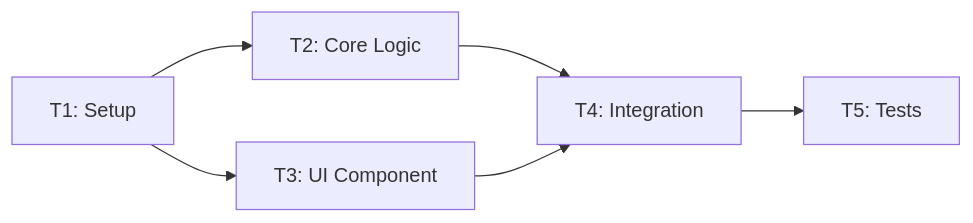
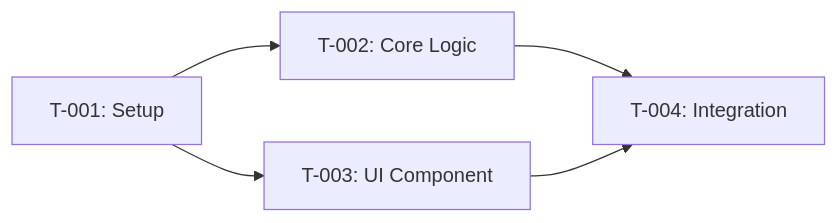
One commit to markxLee/copilot-flow changed the diagram in docs/templates/02_tasks.template.md. Above: the diagram before and after it, drawn with Mermaid. The commit also changed other lines of this file and 6 other files, not shown here.

````diff
--- a/docs/templates/02_tasks.template.md
+++ b/docs/templates/02_tasks.template.md
@@ -34,8 +42,7 @@
 ```mermaid
 flowchart LR
-    T1[T1: Setup] --> T2[T2: Core Logic]
-    T1 --> T3[T3: UI Component]
-    T2 --> T4[T4: Integration]
-    T3 --> T4
-    T4 --> T5[T5: Tests]
+    T001[T-001: Setup] --> T002[T-002: Core Logic]
+    T001 --> T003[T-003: UI Component]
+    T002 --> T004[T-004: Integration]
+    T003 --> T004
 ```
````
